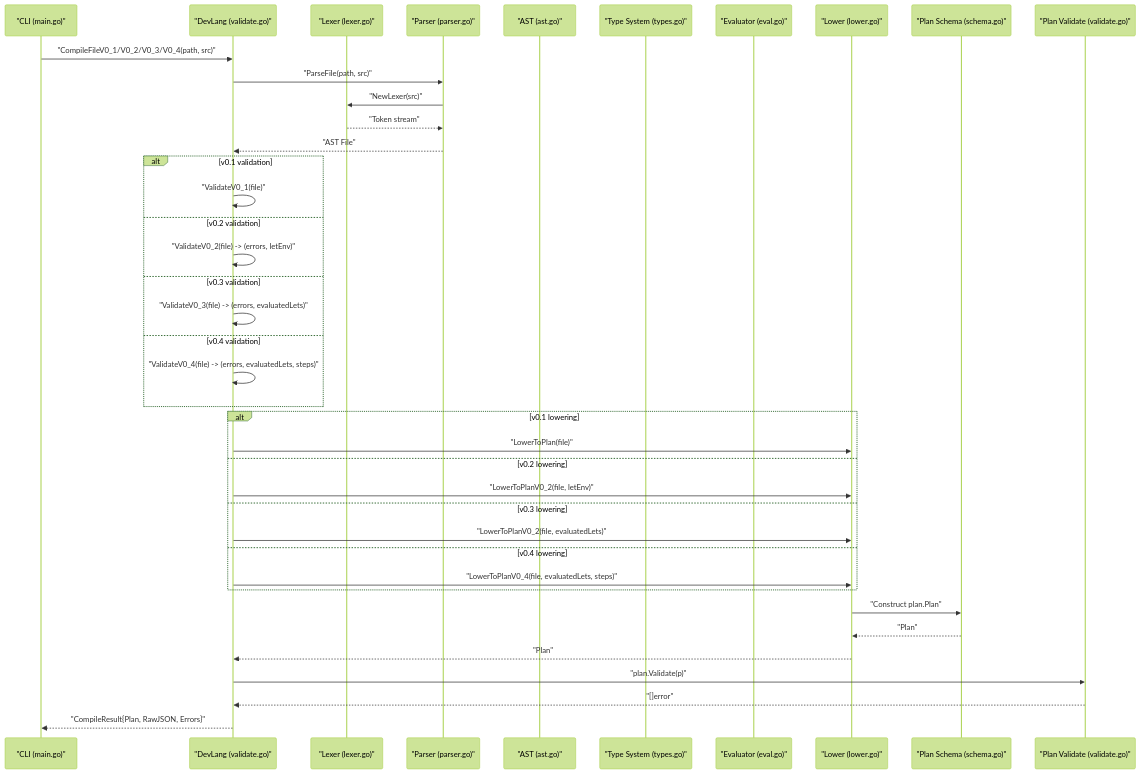
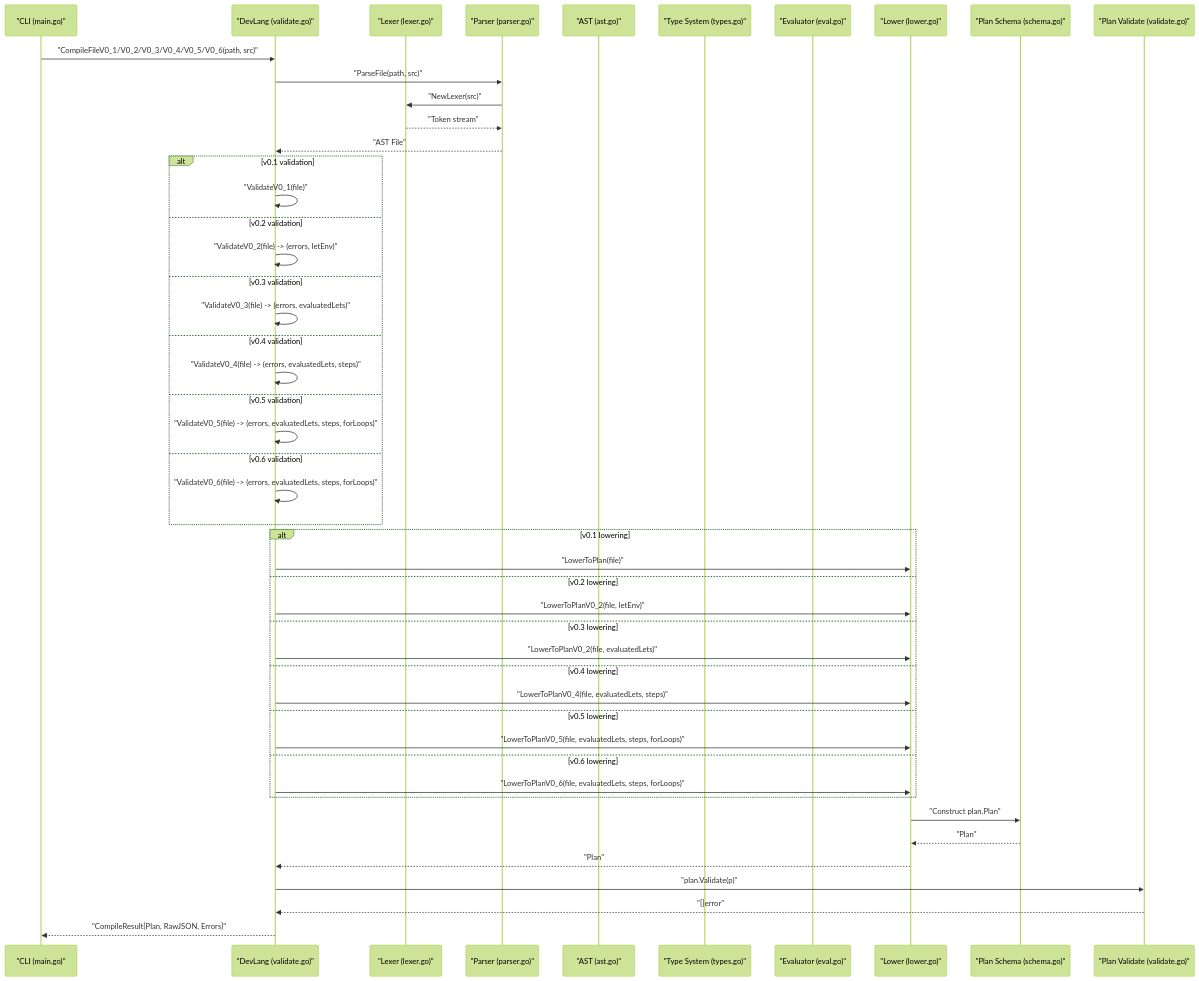
Before and after one commit to ahmednour1430464/dotdevops: the second of 18 diagrams in .qoder/repowiki/en/content/.devops Language Reference/Compilation Pipeline.md, drawn with Mermaid (forest theme). The commit also changed other lines of this file and 12 other files, not shown here.

````diff
--- a/.qoder/repowiki/en/content/.devops Language Reference/Compilation Pipeline.md
+++ b/.qoder/repowiki/en/content/.devops Language Reference/Compilation Pipeline.md
@@ -179,42 +229,50 @@
 ```mermaid
 sequenceDiagram
 participant CLI as "CLI (main.go)"
 participant DL as "DevLang (validate.go)"
 participant LX as "Lexer (lexer.go)"
 participant PR as "Parser (parser.go)"
 participant AS as "AST (ast.go)"
 participant TE as "Type System (types.go)"
 participant EV as "Evaluator (eval.go)"
 participant LO as "Lower (lower.go)"
 participant PS as "Plan Schema (schema.go)"
 participant PV as "Plan Validate (validate.go)"
-CLI->>DL : "CompileFileV0_1/V0_2/V0_3/V0_4(path, src)"
+CLI->>DL : "CompileFileV0_1/V0_2/V0_3/V0_4/V0_5/V0_6(path, src)"
 DL->>PR : "ParseFile(path, src)"
 PR->>LX : "NewLexer(src)"
 LX-->>PR : "Token stream"
 PR-->>DL : "AST File"
 alt v0.1 validation
 DL->>DL : "ValidateV0_1(file)"
 else v0.2 validation
 DL->>DL : "ValidateV0_2(file) -> (errors, letEnv)"
 else v0.3 validation
 DL->>DL : "ValidateV0_3(file) -> (errors, evaluatedLets)"
 else v0.4 validation
 DL->>DL : "ValidateV0_4(file) -> (errors, evaluatedLets, steps)"
+else v0.5 validation
+DL->>DL : "ValidateV0_5(file) -> (errors, evaluatedLets, steps, forLoops)"
+else v0.6 validation
+DL->>DL : "ValidateV0_6(file) -> (errors, evaluatedLets, steps, forLoops)"
 end
 alt v0.1 lowering
 DL->>LO : "LowerToPlan(file)"
 else v0.2 lowering
 DL->>LO : "LowerToPlanV0_2(file, letEnv)"
 else v0.3 lowering
 DL->>LO : "LowerToPlanV0_2(file, evaluatedLets)"
 else v0.4 lowering
 DL->>LO : "LowerToPlanV0_4(file, evaluatedLets, steps)"
+else v0.5 lowering
+DL->>LO : "LowerToPlanV0_5(file, evaluatedLets, steps, forLoops)"
+else v0.6 lowering
+DL->>LO : "LowerToPlanV0_6(file, evaluatedLets, steps, forLoops)"
 end
 LO->>PS : "Construct plan.Plan"
 PS-->>LO : "Plan"
 LO-->>DL : "Plan"
 DL->>PV : "plan.Validate(p)"
 PV-->>DL : "[]error"
 DL-->>CLI : "CompileResult{Plan, RawJSON, Errors}"
 ```
````
